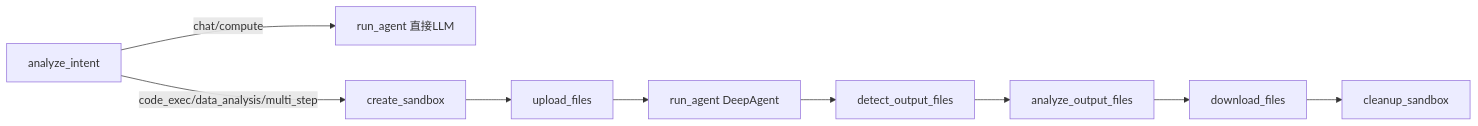
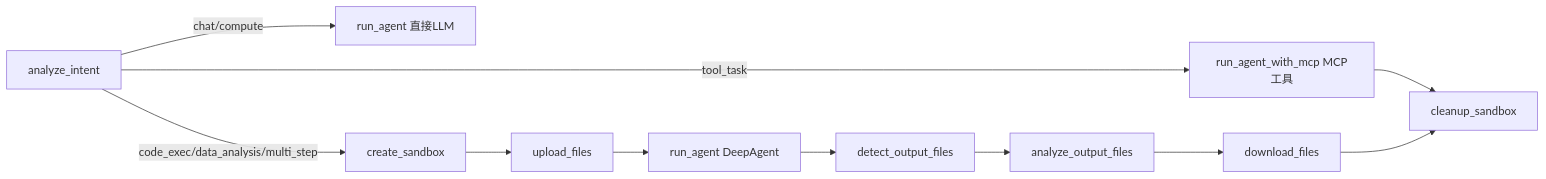
Before and after one commit to zzqzhangze/gtg-agent: the diagram in docs/agent-pipeline-architecture.md, drawn with Mermaid. The commit also changed other lines of this file and 1 other file, not shown here.

Commit message:
docs: update architecture docs for tool_task route and run_agent_with_mcp

````diff
--- a/docs/agent-pipeline-architecture.md
+++ b/docs/agent-pipeline-architecture.md
@@ -57,11 +57,13 @@
 ```mermaid
 flowchart LR
     AI[analyze_intent] -->|chat/compute| RA[run_agent 直接LLM]
+    AI -->|tool_task| RA3[run_agent_with_mcp MCP工具]
     AI -->|code_exec/data_analysis/multi_step| CS[create_sandbox]
     CS --> UF[upload_files]
     UF --> RA2[run_agent DeepAgent]
+    RA3 --> CSB[cleanup_sandbox]
     RA2 --> DO[detect_output_files]
     DO --> AO[analyze_output_files]
     AO --> DF[download_files]
-    DF --> CSB[cleanup_sandbox]
+    DF --> CSB
 ```
````
